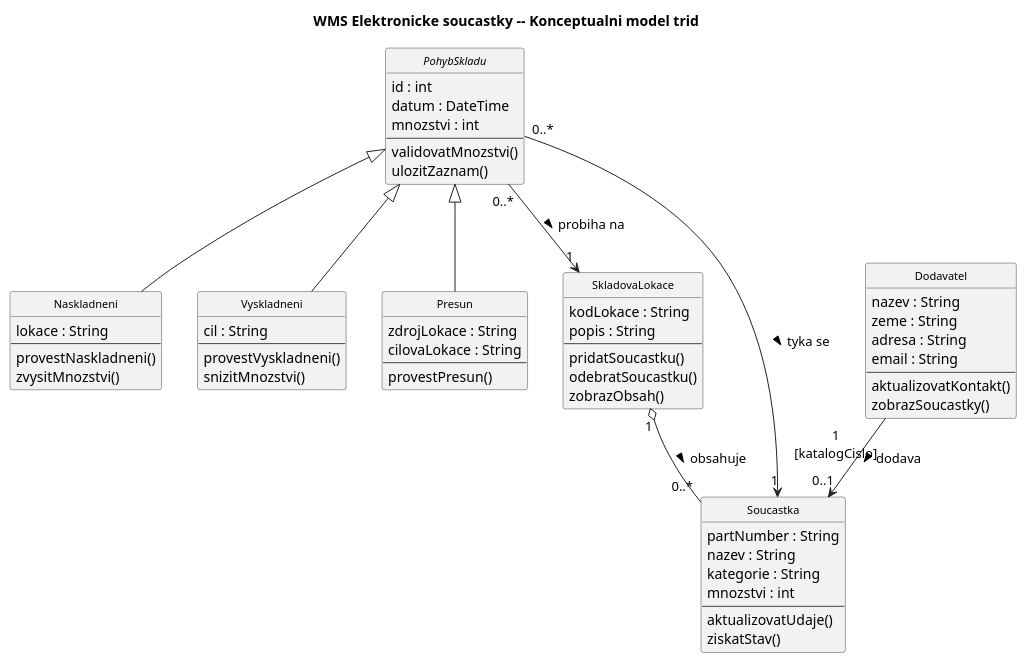
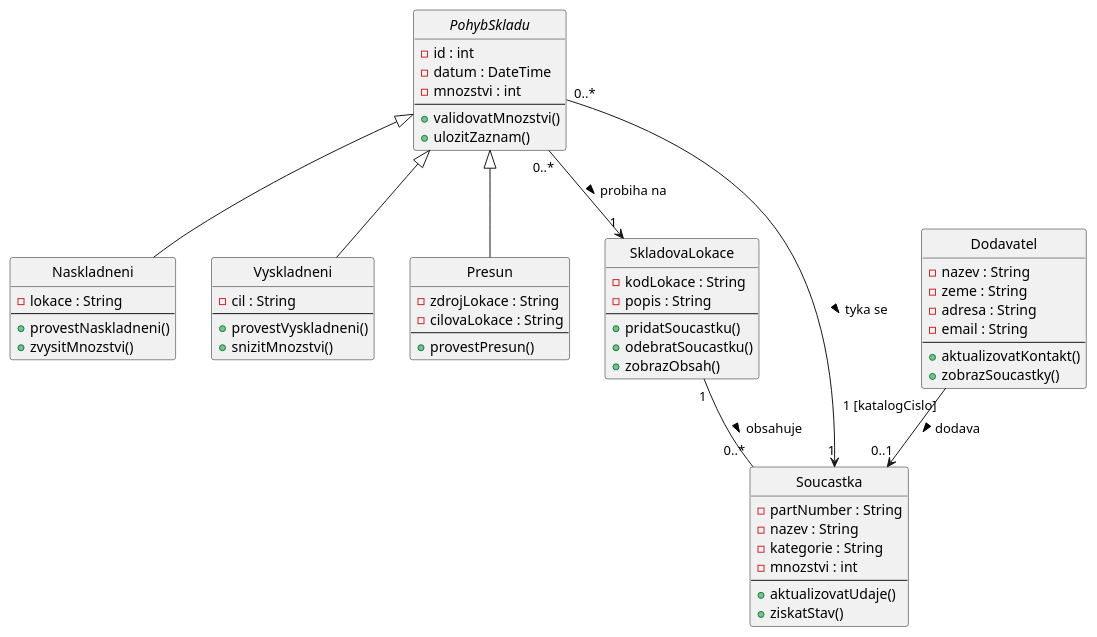
Before and after one commit to lkvapil/WMS-elektronicke-soucastky: the diagram in diagrams/02a_conceptual_model.puml, drawn with PlantUML.

Commit message:
style: cisty styl diagramu bez barevnych skinparam

```diff
--- a/diagrams/02a_conceptual_model.puml
+++ b/diagrams/02a_conceptual_model.puml
@@ -1,81 +1,77 @@
-@startuml 02a_conceptual_model
+@startuml Konceptualni model - WMS Elektronicke soucastky
 hide circle
-title WMS Elektronicke soucastky -- Konceptualni model trid
 
-skinparam backgroundColor #FFFFFF
-skinparam classBackgroundColor #F2F2F2
-skinparam classBorderColor #444444
-skinparam classArrowColor #222222
-skinparam classFontSize 11
-skinparam classAttributeIconSize 0
 
 abstract class PohybSkladu {
-  id : int
-  datum : DateTime
-  mnozstvi : int
+  - id : int
+  - datum : DateTime
+  - mnozstvi : int
   --
-  validovatMnozstvi()
-  ulozitZaznam()
+  + validovatMnozstvi()
+  + ulozitZaznam()
 }
 
 class Naskladneni {
-  lokace : String
+  - lokace : String
   --
-  provestNaskladneni()
-  zvysitMnozstvi()
+  + provestNaskladneni()
+  + zvysitMnozstvi()
 }
 
 class Vyskladneni {
-  cil : String
+  - cil : String
   --
-  provestVyskladneni()
-  snizitMnozstvi()
+  + provestVyskladneni()
+  + snizitMnozstvi()
 }
 
 class Presun {
-  zdrojLokace : String
-  cilovaLokace : String
+  - zdrojLokace : String
+  - cilovaLokace : String
   --
-  provestPresun()
+  + provestPresun()
 }
 
 class SkladovaLokace {
-  kodLokace : String
-  popis : String
+  - kodLokace : String
+  - popis : String
   --
-  pridatSoucastku()
-  odebratSoucastku()
-  zobrazObsah()
+  + pridatSoucastku()
+  + odebratSoucastku()
+  + zobrazObsah()
 }
 
 class Soucastka {
-  partNumber : String
-  nazev : String
-  kategorie : String
-  mnozstvi : int
+  - partNumber : String
+  - nazev : String
+  - kategorie : String
+  - mnozstvi : int
   --
-  aktualizovatUdaje()
-  ziskatStav()
+  + aktualizovatUdaje()
+  + ziskatStav()
 }
 
 class Dodavatel {
-  nazev : String
-  zeme : String
-  adresa : String
-  email : String
+  - nazev : String
+  - zeme : String
+  - adresa : String
+  - email : String
   --
-  aktualizovatKontakt()
-  zobrazSoucastky()
+  + aktualizovatKontakt()
+  + zobrazSoucastky()
 }
 
+' Generalizace
 PohybSkladu <|-- Naskladneni
 PohybSkladu <|-- Vyskladneni
 PohybSkladu <|-- Presun
 
-Dodavatel "1\n[katalogCislo]" --> "0..1" Soucastka : dodava >
+' Kvalifikovana vazba: Dodavatel[katalogCislo] -> 0..1 Soucastka
+Dodavatel "1 [katalogCislo]" --> "0..1" Soucastka : dodava >
 
-SkladovaLokace "1" o-- "0..*" Soucastka      : obsahuje >
-PohybSkladu "0..*" --> "1"    SkladovaLokace : probiha na >
-PohybSkladu "0..*" --> "1"    Soucastka      : tyka se >
+' Ostatni asociace
+SkladovaLokace "1" -- "0..*" Soucastka : obsahuje >
+PohybSkladu "0..*" --> "1" SkladovaLokace : probiha na >
+PohybSkladu "0..*" --> "1" Soucastka : tyka se >
 
 @enduml
```
